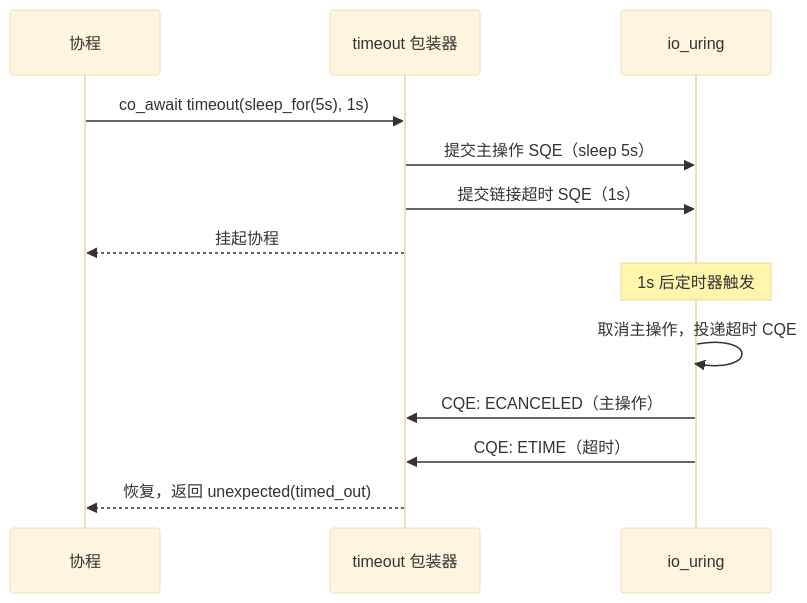
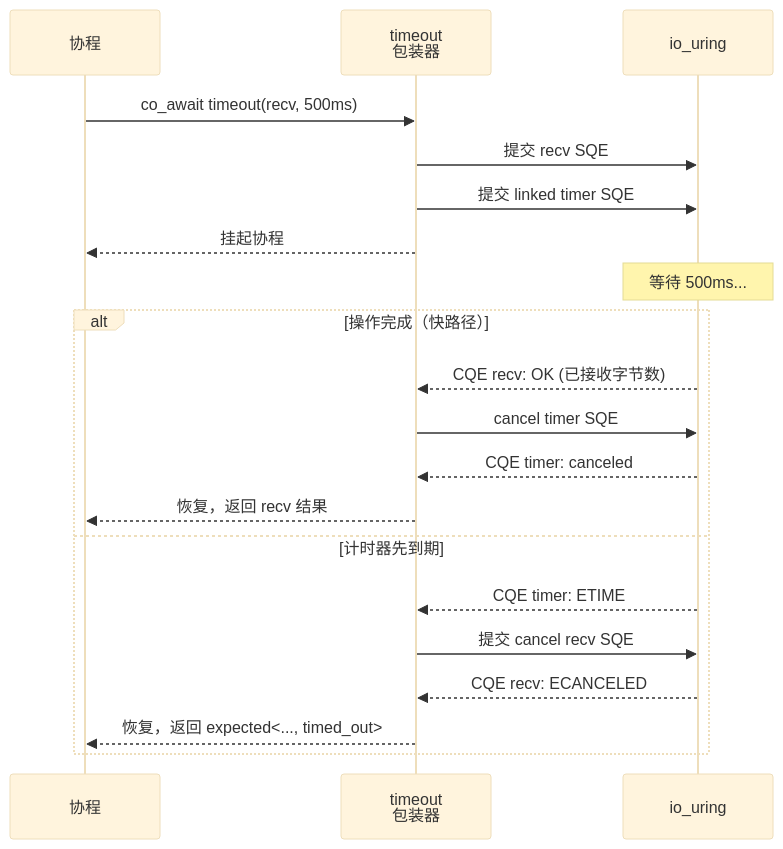
Before and after one commit to Doomjustin/blog: the diagram in docs/tutorial/06_timeout.md, drawn with Mermaid (base theme). The commit also changed other lines of this file and 16 other files, not shown here.

````diff
--- a/docs/tutorial/06_timeout.md
+++ b/docs/tutorial/06_timeout.md
@@ -96,17 +191,25 @@
 ```mermaid
 sequenceDiagram
     participant C as 协程
-    participant T as timeout 包装器
-    participant R as io_uring
+    participant W as timeout<br/>包装器
+    participant U as io_uring
 
-    C->>T: co_await timeout(sleep_for(5s), 1s)
-    T->>R: 提交主操作 SQE（sleep 5s）
-    T->>R: 提交链接超时 SQE（1s）
-    T-->>C: 挂起协程
+    C->>W: co_await timeout(recv, 500ms)
+    W->>U: 提交 recv SQE
+    W->>U: 提交 linked timer SQE
+    W-->>C: 挂起协程
 
-    Note over R: 1s 后定时器触发
-    R->>R: 取消主操作，投递超时 CQE
-    R->>T: CQE: ECANCELED（主操作）
-    R->>T: CQE: ETIME（超时）
-    T-->>C: 恢复，返回 unexpected(timed_out)
+    Note over U: 等待 500ms...
+
+    alt 操作完成（快路径）
+        U-->>W: CQE recv: OK (已接收字节数)
+        W->>U: cancel timer SQE
+        U-->>W: CQE timer: canceled
+        W-->>C: 恢复，返回 recv 结果
+    else 计时器先到期
+        U-->>W: CQE timer: ETIME
+        W->>U: 提交 cancel recv SQE
+        U-->>W: CQE recv: ECANCELED
+        W-->>C: 恢复，返回 expected<..., timed_out>
+    end
 ```
````
